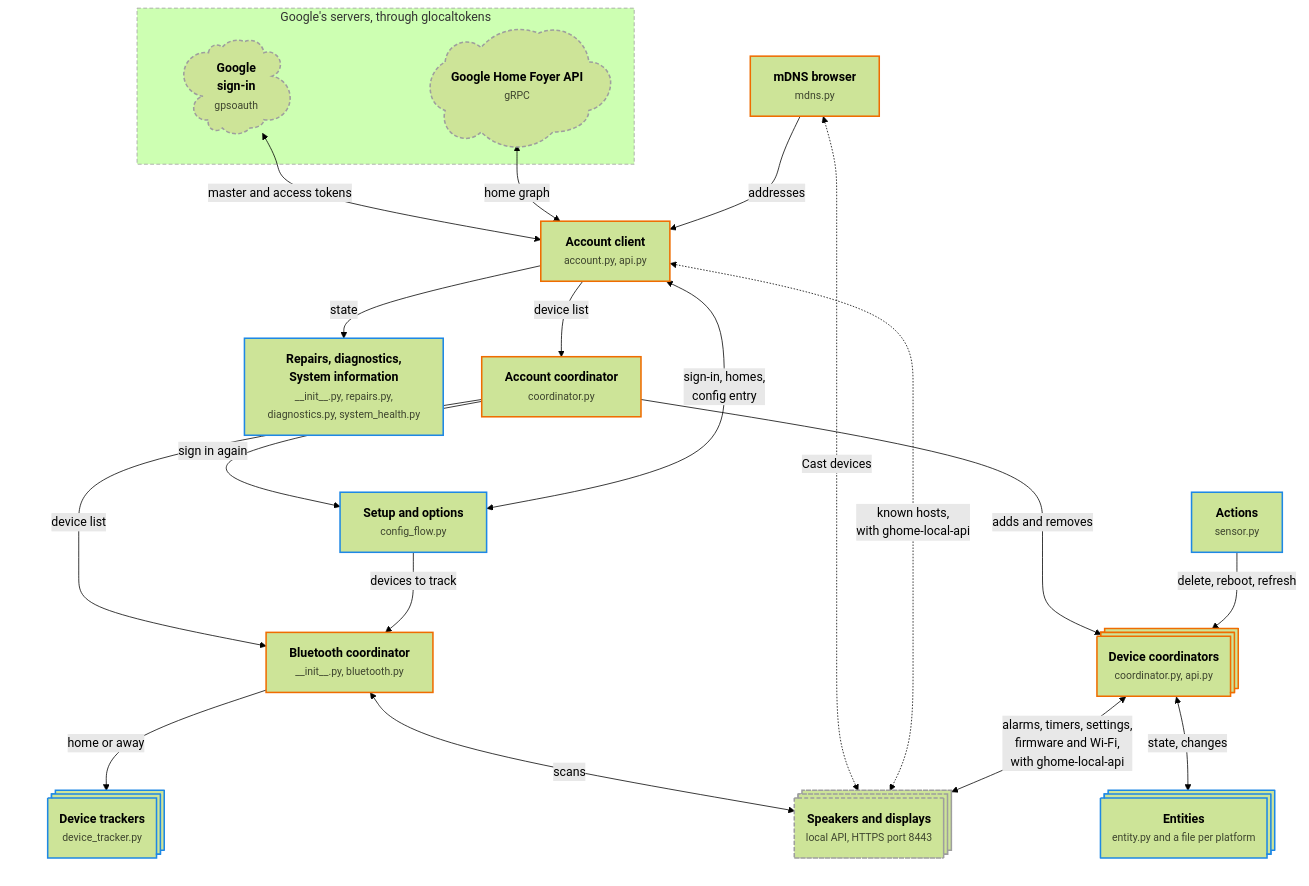
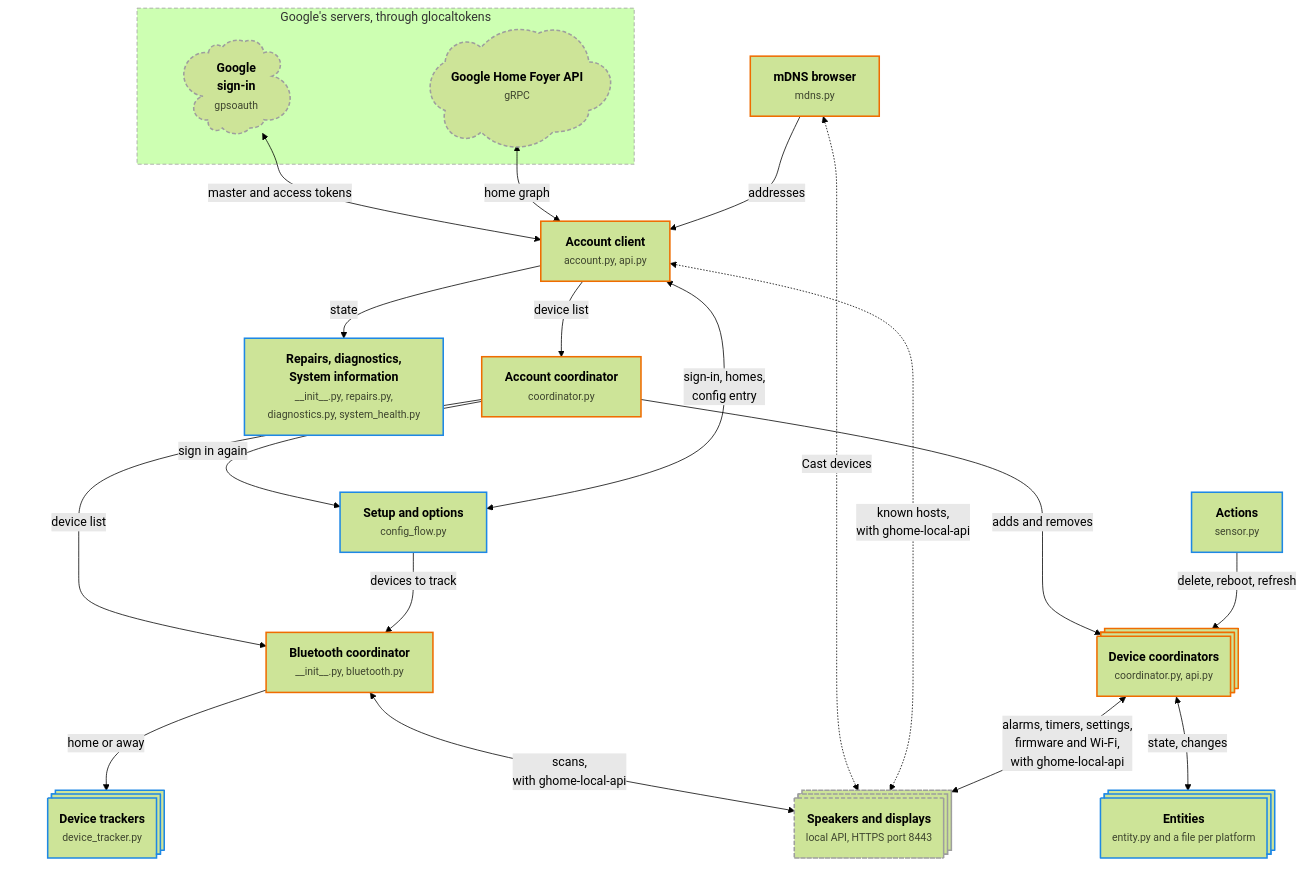
One commit to leikoilja/ha-google-home changed the second of 2 diagrams in docs/contributing.md. Above: the diagram before and after it, drawn with Mermaid (forest theme). The commit also changed other lines of this file and 9 other files, not shown here.

Commit message:
Use the ghome-local-api library for the Bluetooth scan requests (#1276)

````diff
--- a/docs/contributing.md
+++ b/docs/contributing.md
@@ -54,53 +54,53 @@
 ```mermaid
 flowchart TB
     subgraph google["Google's servers, through glocaltokens"]
         signin@{ shape: cloud, label: "<b>Google<br>sign-in</b><br><span style='font-size:0.85em;opacity:0.7;color:inherit'>gpsoauth</span>" }
         foyer@{ shape: cloud, label: "<b>Google Home Foyer API</b><br><span style='font-size:0.85em;opacity:0.7;color:inherit'>gRPC</span>" }
     end
 
     flows["<b>Setup and options</b><br><span style='font-size:0.85em;opacity:0.7;color:inherit'>config_flow.py</span>"]
     client["<b>Account client</b><br><span style='font-size:0.85em;opacity:0.7;color:inherit'>account.py, api.py</span>"]
     mdns["<b>mDNS browser</b><br><span style='font-size:0.85em;opacity:0.7;color:inherit'>mdns.py</span>"]
     account["<b>Account coordinator</b><br><span style='font-size:0.85em;opacity:0.7;color:inherit'>coordinator.py</span>"]
     actions["<b>Actions</b><br><span style='font-size:0.85em;opacity:0.7;color:inherit'>sensor.py</span>"]
     support["<b>Repairs, diagnostics,<br>System information</b><br><span style='font-size:0.85em;opacity:0.7;color:inherit'>__init__.py, repairs.py,<br>diagnostics.py, system_health.py</span>"]
     subgraph devcol[" "]
         devices@{ shape: procs, label: "<b>Device coordinators</b><br><span style='font-size:0.85em;opacity:0.7;color:inherit'>coordinator.py, api.py</span>" }
         entities@{ shape: procs, label: "<b>Entities</b><br><span style='font-size:0.85em;opacity:0.7;color:inherit'>entity.py and a file per platform</span>" }
         devices <-- "state, changes" --> entities
     end
     subgraph btcol[" "]
         bluetooth["<b>Bluetooth coordinator</b><br><span style='font-size:0.85em;opacity:0.7;color:inherit'>__init__.py, bluetooth.py</span>"]
         trackers@{ shape: procs, label: "<b>Device trackers</b><br><span style='font-size:0.85em;opacity:0.7;color:inherit'>device_tracker.py</span>" }
         bluetooth -- "home or away" --> trackers
     end
     speakers@{ shape: procs, label: "<b>Speakers and displays</b><br><span style='font-size:0.85em;opacity:0.7;color:inherit'>local API, HTTPS port 8443</span>" }
 
     signin <-- "master and access tokens" --> client
     foyer <-- "home graph" --> client
     google ~~~ flows
     flows <-- "sign-in, homes,<br>config entry" --> client
     flows ~~~ account
     account -- "sign in again" --> flows
     mdns -- "addresses" --> client
     client -- "device list" --> account
     client -- "state" --> support
     account -- "adds and removes" --> devices
     actions -- "delete, reboot, refresh" --> devices
     mdns <-. "Cast devices" .-> speakers
     client <-. "known hosts,<br>with ghome-local-api" .-> speakers
     devices <-- "alarms, timers, settings,<br>firmware and Wi-Fi,<br>with ghome-local-api" --> speakers
     account -- "device list" --> bluetooth
     flows -- "devices to track" --> bluetooth
-    bluetooth <-- "scans" --> speakers
+    bluetooth <-- "scans,<br>with ghome-local-api" --> speakers
 
     classDef ha stroke:#1e88e5,stroke-width:2px
     classDef own stroke:#ef6c00,stroke-width:2px
     classDef outside stroke:#9e9e9e,stroke-width:2px,stroke-dasharray:5 3
     class flows,actions,support,entities,trackers ha
     class client,mdns,account,devices,bluetooth own
     class signin,foyer,speakers outside
     style google stroke:#9e9e9e,stroke-dasharray:5 3
     style devcol fill:none,stroke:none
     style btcol fill:none,stroke:none
 ```
````
